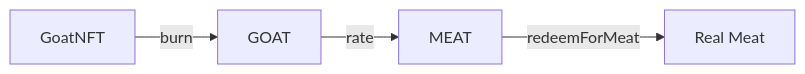
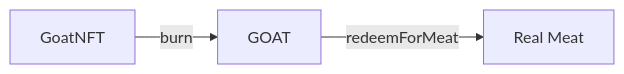
One commit to RetnaTyas/Revolusi-Moneter-5.0 changed the diagram in README.md. Above: the diagram before and after it, drawn with Mermaid. The commit also changed other lines of this file and 14 other files, not shown here.

````diff
--- a/README.md
+++ b/README.md
@@ -44,6 +34,5 @@
 ```mermaid
 flowchart LR
   GoatNFT -- "burn" --> GOAT
-  GOAT -- "rate" --> MEAT
-  MEAT -- "redeemForMeat" --> RealMeat["Real Meat"]
+  GOAT -- "redeemForMeat" --> RealMeat["Real Meat"]
 ```
````
